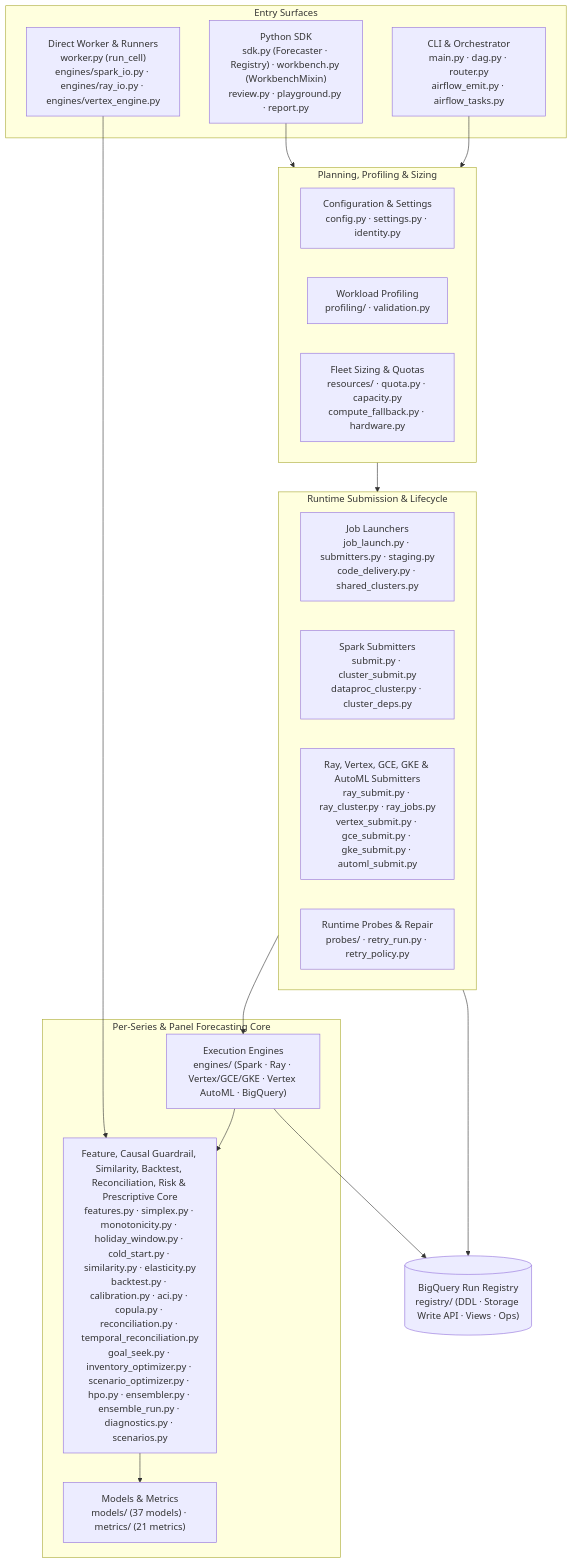
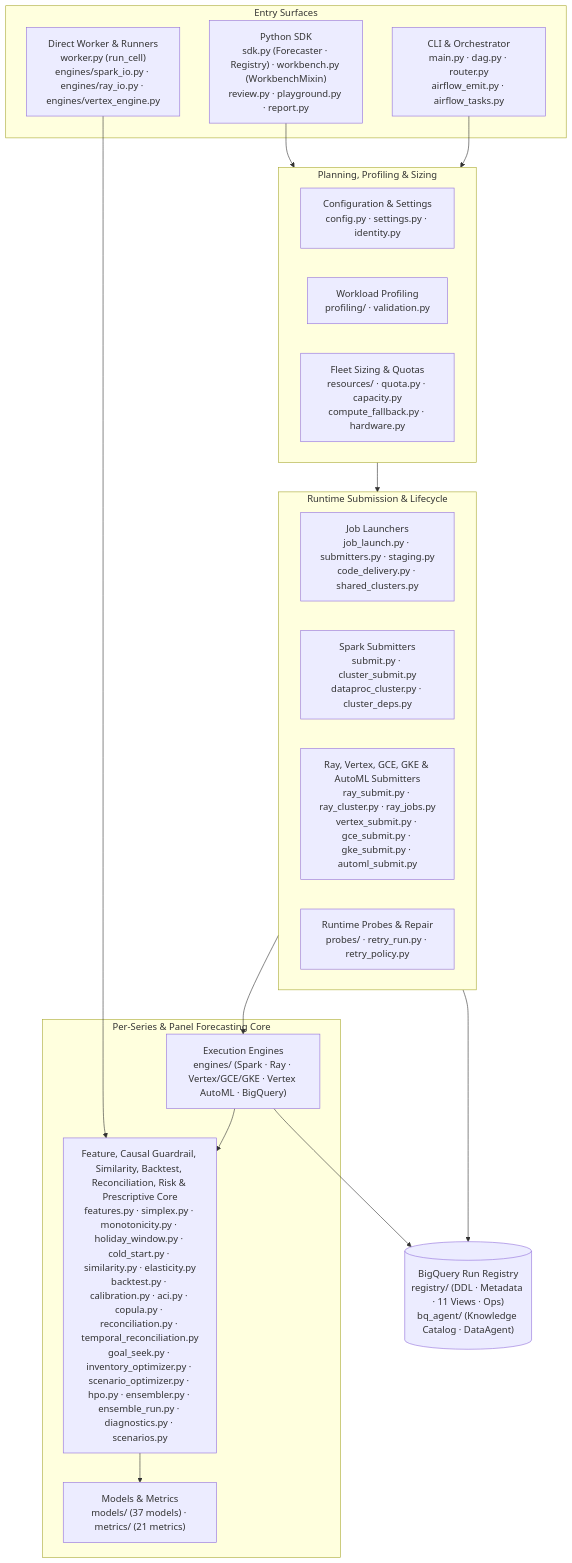
The diagram in src/scale_forecasting/README.md (statmike/scale-forecasting), drawn with Mermaid before and after one commit. The commit also changed other lines of this file and 92 other files, not shown here.

````diff
--- a/src/scale_forecasting/README.md
+++ b/src/scale_forecasting/README.md
@@ -7,36 +7,36 @@
 ```mermaid
 flowchart TB
     subgraph entry["Entry Surfaces"]
         sdk["Python SDK<br/>sdk.py (Forecaster · Registry) · workbench.py (WorkbenchMixin)<br/>review.py · playground.py · report.py"]
         cli["CLI & Orchestrator<br/>main.py · dag.py · router.py<br/>airflow_emit.py · airflow_tasks.py"]
         direct["Direct Worker & Runners<br/>worker.py (run_cell)<br/>engines/spark_io.py · engines/ray_io.py · engines/vertex_engine.py"]
     end
 
     subgraph plan["Planning, Profiling & Sizing"]
         cfg["Configuration & Settings<br/>config.py · settings.py · identity.py"]
         prof["Workload Profiling<br/>profiling/ · validation.py"]
         res["Fleet Sizing & Quotas<br/>resources/ · quota.py · capacity.py<br/>compute_fallback.py · hardware.py"]
     end
 
     subgraph submit["Runtime Submission & Lifecycle"]
         sub["Job Launchers<br/>job_launch.py · submitters.py · staging.py<br/>code_delivery.py · shared_clusters.py"]
         spark_sub["Spark Submitters<br/>submit.py · cluster_submit.py<br/>dataproc_cluster.py · cluster_deps.py"]
         ray_sub["Ray, Vertex, GCE, GKE & AutoML Submitters<br/>ray_submit.py · ray_cluster.py · ray_jobs.py<br/>vertex_submit.py · gce_submit.py · gke_submit.py · automl_submit.py"]
         probes["Runtime Probes & Repair<br/>probes/ · retry_run.py · retry_policy.py"]
     end
 
     subgraph core["Per-Series & Panel Forecasting Core"]
         eng["Execution Engines<br/>engines/ (Spark · Ray · Vertex/GCE/GKE · Vertex AutoML · BigQuery)"]
         wf["Feature, Causal Guardrail, Similarity, Backtest, Reconciliation, Risk & Prescriptive Core<br/>features.py · simplex.py · monotonicity.py · holiday_window.py · cold_start.py · similarity.py · elasticity.py<br/>backtest.py · calibration.py · aci.py · copula.py · reconciliation.py · temporal_reconciliation.py<br/>goal_seek.py · inventory_optimizer.py · scenario_optimizer.py · hpo.py · ensembler.py · ensemble_run.py · diagnostics.py · scenarios.py"]
         mod["Models & Metrics<br/>models/ (37 models) · metrics/ (21 metrics)"]
     end
 
-    reg[("BigQuery Run Registry<br/>registry/ (DDL · Storage Write API · Views · Ops)")]
+    reg[("BigQuery Run Registry<br/>registry/ (DDL · Metadata · 11 Views · Ops)<br/>bq_agent/ (Knowledge Catalog · DataAgent)")]
 
     sdk & cli --> plan
     plan --> submit
     submit --> eng
     direct --> wf
     eng --> wf --> mod
     eng & submit --> reg
 ```
````
